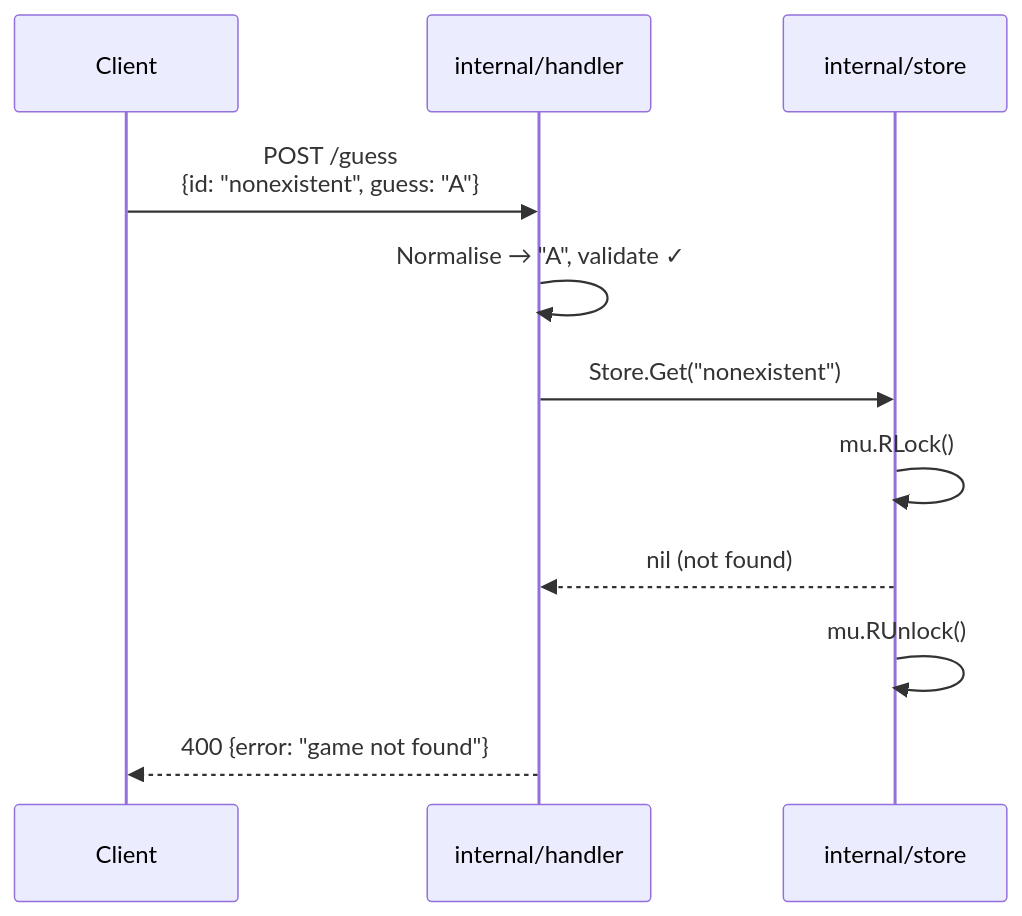
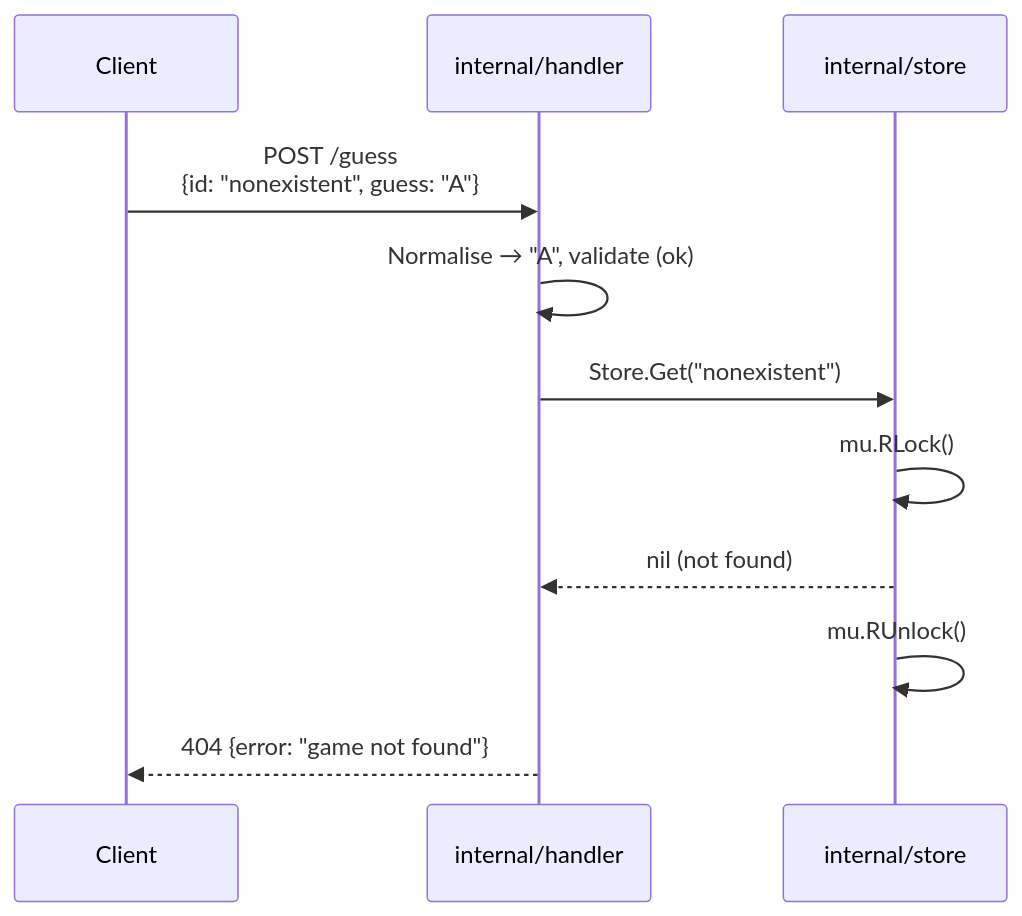
The eighth of 11 diagrams in docs.md (ajitm722/wordgame), drawn with Mermaid before and after one commit. The commit also changed other lines of this file and 14 other files, not shown here.

````diff
--- a/docs.md
+++ b/docs.md
@@ -595,15 +600,15 @@
 ```mermaid
 sequenceDiagram
     participant Client
     participant Handler as internal/handler
     participant Store as internal/store
 
     Client->>Handler: POST /guess<br/>{id: "nonexistent", guess: "A"}
-    Handler->>Handler: Normalise → "A", validate ✓
+    Handler->>Handler: Normalise → "A", validate (ok)
     Handler->>Store: Store.Get("nonexistent")
     Store->>Store: mu.RLock()
     Store-->>Handler: nil (not found)
     Store->>Store: mu.RUnlock()
 
-    Handler-->>Client: 400 {error: "game not found"}
+    Handler-->>Client: 404 {error: "game not found"}
 ```
````
